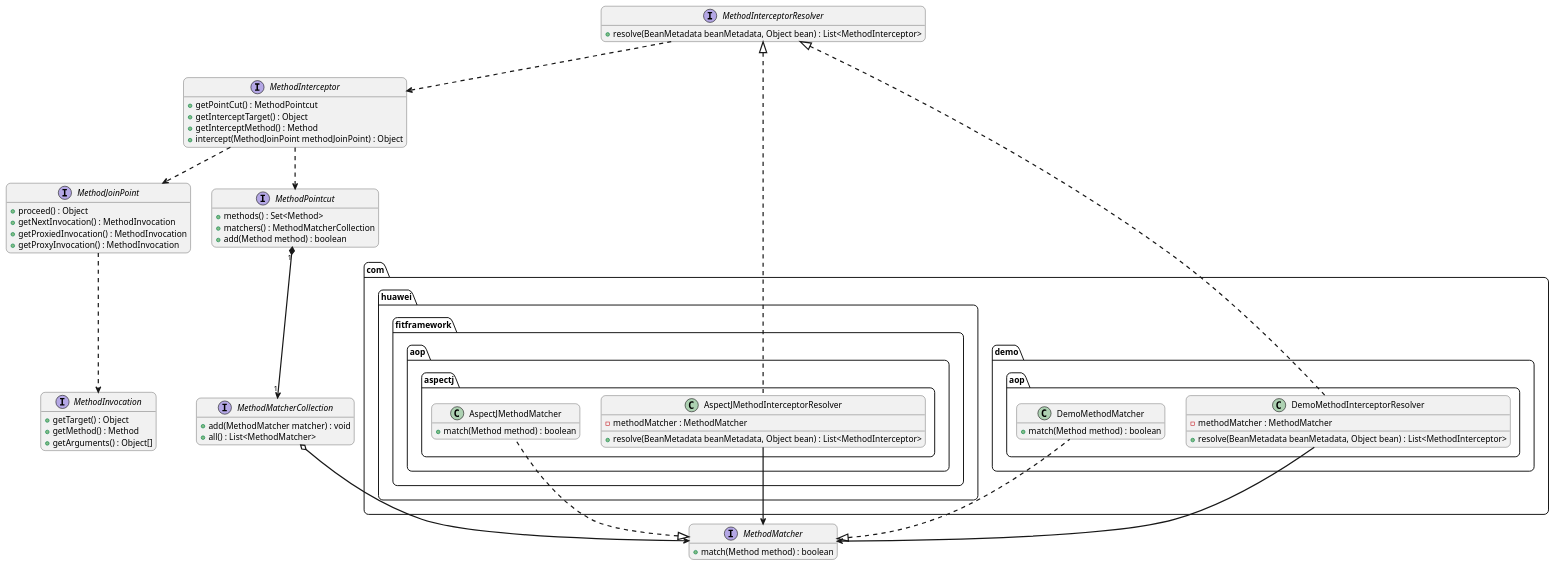
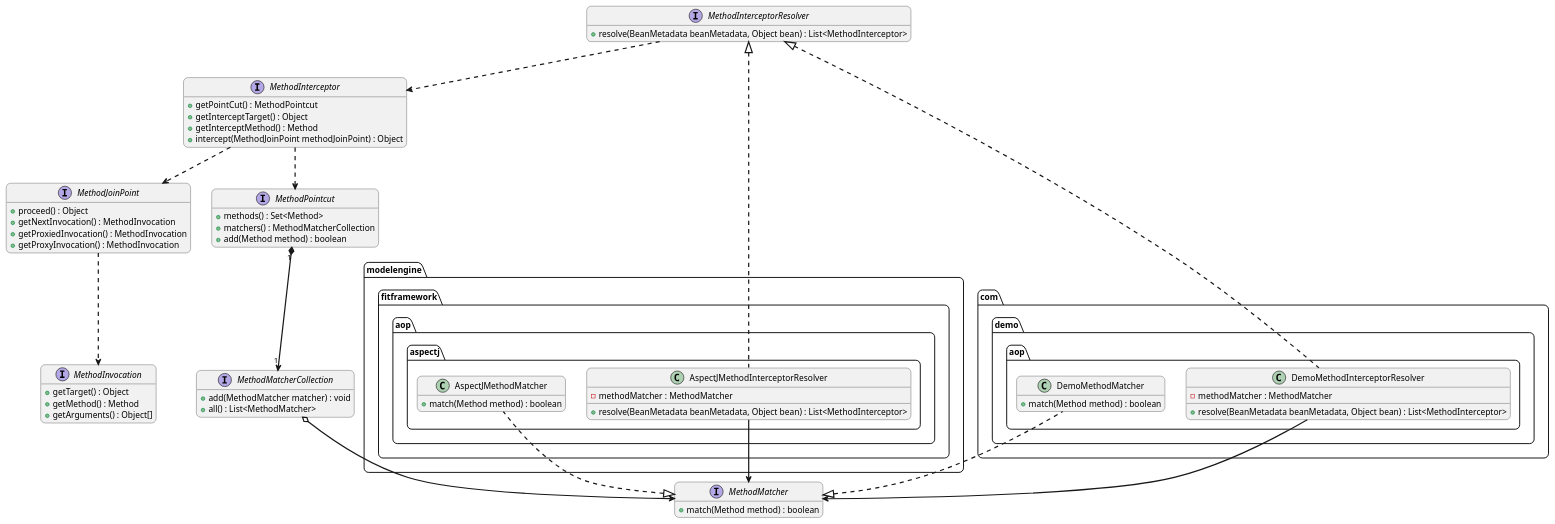
One commit to wuayee/app-platform changed the second of 3 diagrams in framework/fit/java/fit-aop/fit-aop/README.md. Above: the diagram before and after it, drawn with PlantUML. The commit also changed other lines of this file and 186 other files, not shown here.

````diff
--- a/framework/fit/java/fit-aop/fit-aop/README.md
+++ b/framework/fit/java/fit-aop/fit-aop/README.md
@@ -76,76 +76,76 @@
 ```plantuml
 @startuml
 skinparam roundcorner 15
 skinparam sequenceArrowThickness 2
 skinparam defaultFontName Mono
 
 hide empty members
 
 interface MethodInterceptor {
 + getPointCut() : MethodPointcut
 + getInterceptTarget() : Object
 + getInterceptMethod() : Method
 + intercept(MethodJoinPoint methodJoinPoint) : Object
 }
 interface MethodJoinPoint {
 + proceed() : Object
 + getNextInvocation() : MethodInvocation
 + getProxiedInvocation() : MethodInvocation
 + getProxyInvocation() : MethodInvocation
 }
 interface MethodInvocation {
 + getTarget() : Object
 + getMethod() : Method
 + getArguments() : Object[]
 }
 interface MethodMatcher {
 + match(Method method) : boolean
 }
 interface MethodPointcut {
 + methods() : Set<Method>
 + matchers() : MethodMatcherCollection
 + add(Method method) : boolean
 }
 interface MethodMatcherCollection {
 + add(MethodMatcher matcher) : void
 + all() : List<MethodMatcher>
 }
 
 interface MethodInterceptorResolver {
 + resolve(BeanMetadata beanMetadata, Object bean) : List<MethodInterceptor>
 }
-package com.huawei.fitframework.aop.aspectj {
+package modelengine.fitframework.aop.aspectj {
   class AspectJMethodInterceptorResolver {
   - methodMatcher : MethodMatcher
   + resolve(BeanMetadata beanMetadata, Object bean) : List<MethodInterceptor>
   }
   class AspectJMethodMatcher {
   + match(Method method) : boolean
   }
 }
 package com.demo.aop {
   class DemoMethodInterceptorResolver {
   - methodMatcher : MethodMatcher
   + resolve(BeanMetadata beanMetadata, Object bean) : List<MethodInterceptor>
   }
   class DemoMethodMatcher {
   + match(Method method) : boolean
   }
 }
 
 MethodInterceptor ..> MethodPointcut
 MethodInterceptor ..> MethodJoinPoint
 MethodJoinPoint ..> MethodInvocation
 MethodPointcut "1" *--> "1" MethodMatcherCollection
 MethodMatcherCollection o--> MethodMatcher
 
 MethodInterceptorResolver ..> MethodInterceptor
 MethodInterceptorResolver <|.. AspectJMethodInterceptorResolver
 MethodMatcher <|.. AspectJMethodMatcher
 AspectJMethodInterceptorResolver --> MethodMatcher
 MethodInterceptorResolver <|.. DemoMethodInterceptorResolver
 MethodMatcher <|.. DemoMethodMatcher
 DemoMethodInterceptorResolver --> MethodMatcher
 
 @enduml
 ```
````
